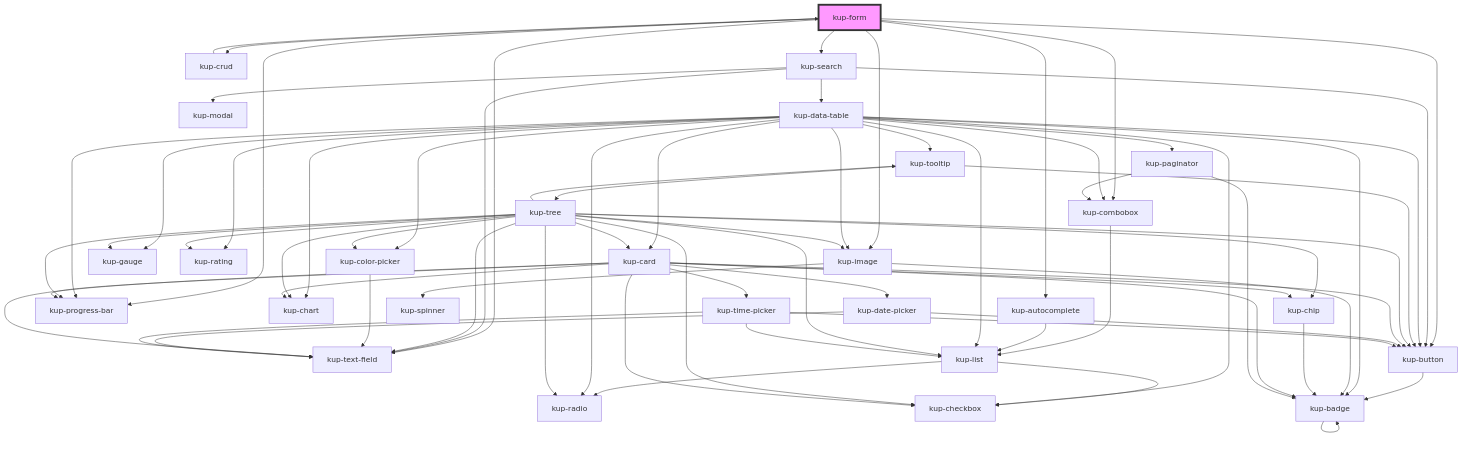
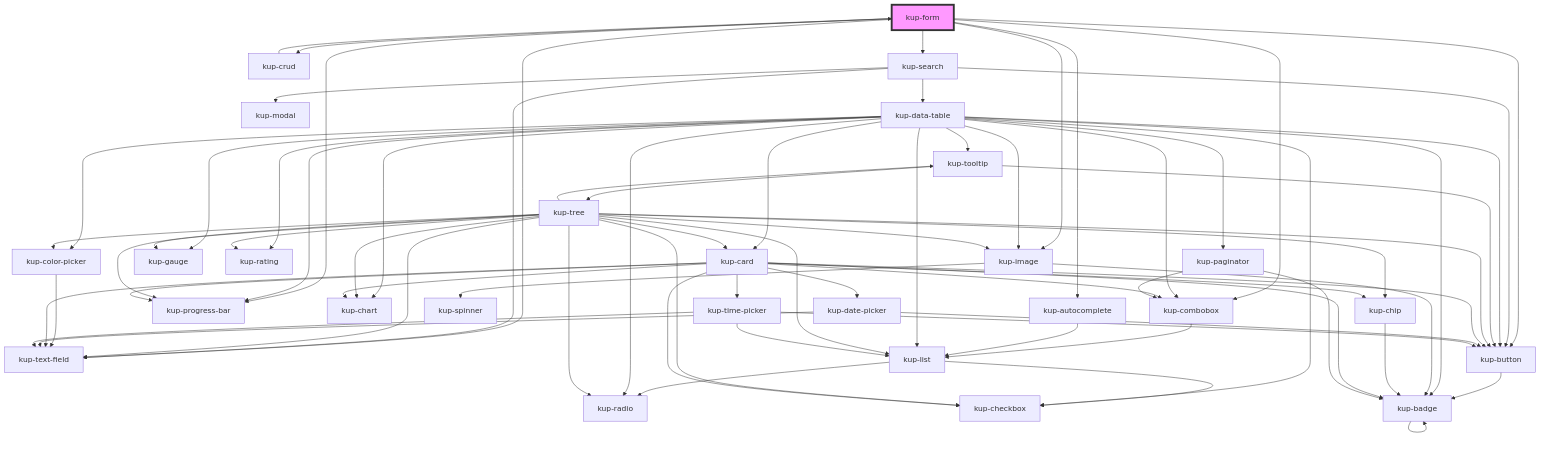
One commit to smeup/ketchup changed the diagram in packages/ketchup/src/components/kup-form/readme.md. Above: the diagram before and after it, drawn with Mermaid. The commit also changed 11 other files, not shown here.

````diff
--- a/packages/ketchup/src/components/kup-form/readme.md
+++ b/packages/ketchup/src/components/kup-form/readme.md
@@ -131,74 +131,75 @@
 ```mermaid
 graph TD;
   kup-form --> kup-combobox
   kup-form --> kup-crud
   kup-form --> kup-autocomplete
   kup-form --> kup-search
   kup-form --> kup-image
   kup-form --> kup-progress-bar
   kup-form --> kup-text-field
   kup-form --> kup-button
   kup-combobox --> kup-list
   kup-list --> kup-radio
   kup-list --> kup-checkbox
   kup-crud --> kup-form
   kup-button --> kup-badge
   kup-badge --> kup-badge
   kup-autocomplete --> kup-list
   kup-search --> kup-text-field
   kup-search --> kup-button
   kup-search --> kup-modal
   kup-search --> kup-data-table
   kup-data-table --> kup-checkbox
   kup-data-table --> kup-tooltip
   kup-data-table --> kup-list
   kup-data-table --> kup-image
   kup-data-table --> kup-button
   kup-data-table --> kup-chart
   kup-data-table --> kup-color-picker
   kup-data-table --> kup-gauge
   kup-data-table --> kup-progress-bar
   kup-data-table --> kup-rating
   kup-data-table --> kup-radio
   kup-data-table --> kup-paginator
   kup-data-table --> kup-combobox
   kup-data-table --> kup-card
   kup-data-table --> kup-badge
   kup-tooltip --> kup-button
   kup-tooltip --> kup-tree
   kup-tree --> kup-image
   kup-tree --> kup-button
   kup-tree --> kup-chart
   kup-tree --> kup-checkbox
   kup-tree --> kup-chip
   kup-tree --> kup-color-picker
   kup-tree --> kup-gauge
   kup-tree --> kup-progress-bar
   kup-tree --> kup-rating
   kup-tree --> kup-radio
   kup-tree --> kup-tooltip
   kup-tree --> kup-list
   kup-tree --> kup-text-field
   kup-tree --> kup-card
   kup-image --> kup-spinner
   kup-image --> kup-badge
   kup-chip --> kup-badge
   kup-color-picker --> kup-text-field
   kup-card --> kup-chip
   kup-card --> kup-button
   kup-card --> kup-badge
   kup-card --> kup-progress-bar
   kup-card --> kup-chart
   kup-card --> kup-checkbox
+  kup-card --> kup-combobox
   kup-card --> kup-date-picker
   kup-card --> kup-text-field
   kup-card --> kup-time-picker
   kup-date-picker --> kup-text-field
   kup-date-picker --> kup-button
   kup-time-picker --> kup-text-field
   kup-time-picker --> kup-button
   kup-time-picker --> kup-list
   kup-paginator --> kup-combobox
   kup-paginator --> kup-badge
   style kup-form fill:#f9f,stroke:#333,stroke-width:4px
 ```
````
